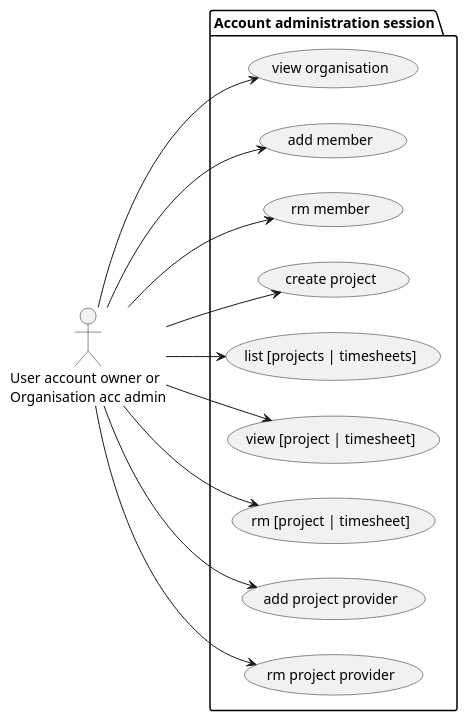
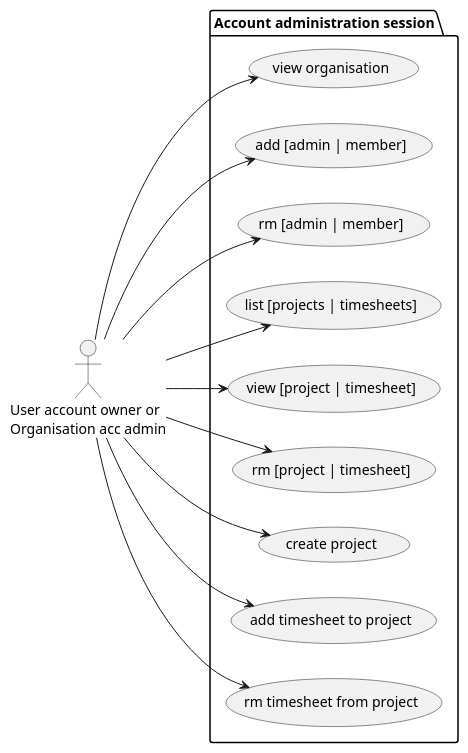
Before and after one commit to m-ld/timeld: the diagram in architecture/use-case/administration.use-case.puml, drawn with PlantUML. The commit also changed 6 other files, not shown here.

Commit message:
#16: Security refinement: a timesheet can only be edited via its owning account; can additionally be read by a project client

```diff
--- a/architecture/use-case/administration.use-case.puml
+++ b/architecture/use-case/administration.use-case.puml
@@ -1,18 +1,18 @@
 @startuml
 'https://plantuml.com/use-case-diagram
 left to right direction
 
 actor "User account owner or\nOrganisation acc admin" as user
 package "Account administration session" {
   user --> (view organisation)
-  user --> (add member)
-  user --> (rm member)
-  user --> (create project)
+  user --> (add [admin | member])
+  user --> (rm [admin | member])
   user --> (list [projects | timesheets])
   user --> (view [project | timesheet])
   user --> (rm [project | timesheet])
-  user --> (add project provider)
-  user --> (rm project provider)
+  user --> (create project)
+  user --> (add timesheet to project)
+  user --> (rm timesheet from project)
 }
 
 @enduml
```
